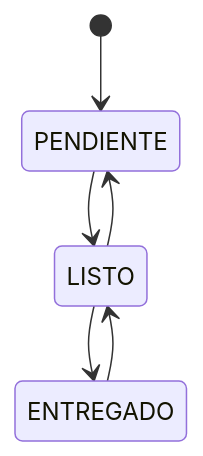
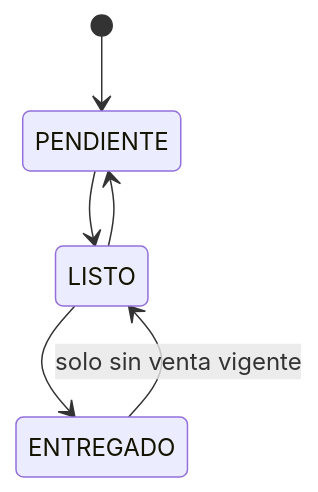
Before and after one commit to GonzaLiberatori/ppp-tostaduria-cafe-pedidos-grupo10: the second of 2 diagrams in docs/feature-pedidos.md, drawn with Mermaid. The commit also changed other lines of this file and 22 other files, not shown here.

````diff
--- a/docs/feature-pedidos.md
+++ b/docs/feature-pedidos.md
@@ -282,8 +298,8 @@
 ```mermaid
 stateDiagram-v2
     [*] --> PENDIENTE
     PENDIENTE --> LISTO
     LISTO --> PENDIENTE
     LISTO --> ENTREGADO
-    ENTREGADO --> LISTO
+    ENTREGADO --> LISTO: solo sin venta vigente
 ```
````
